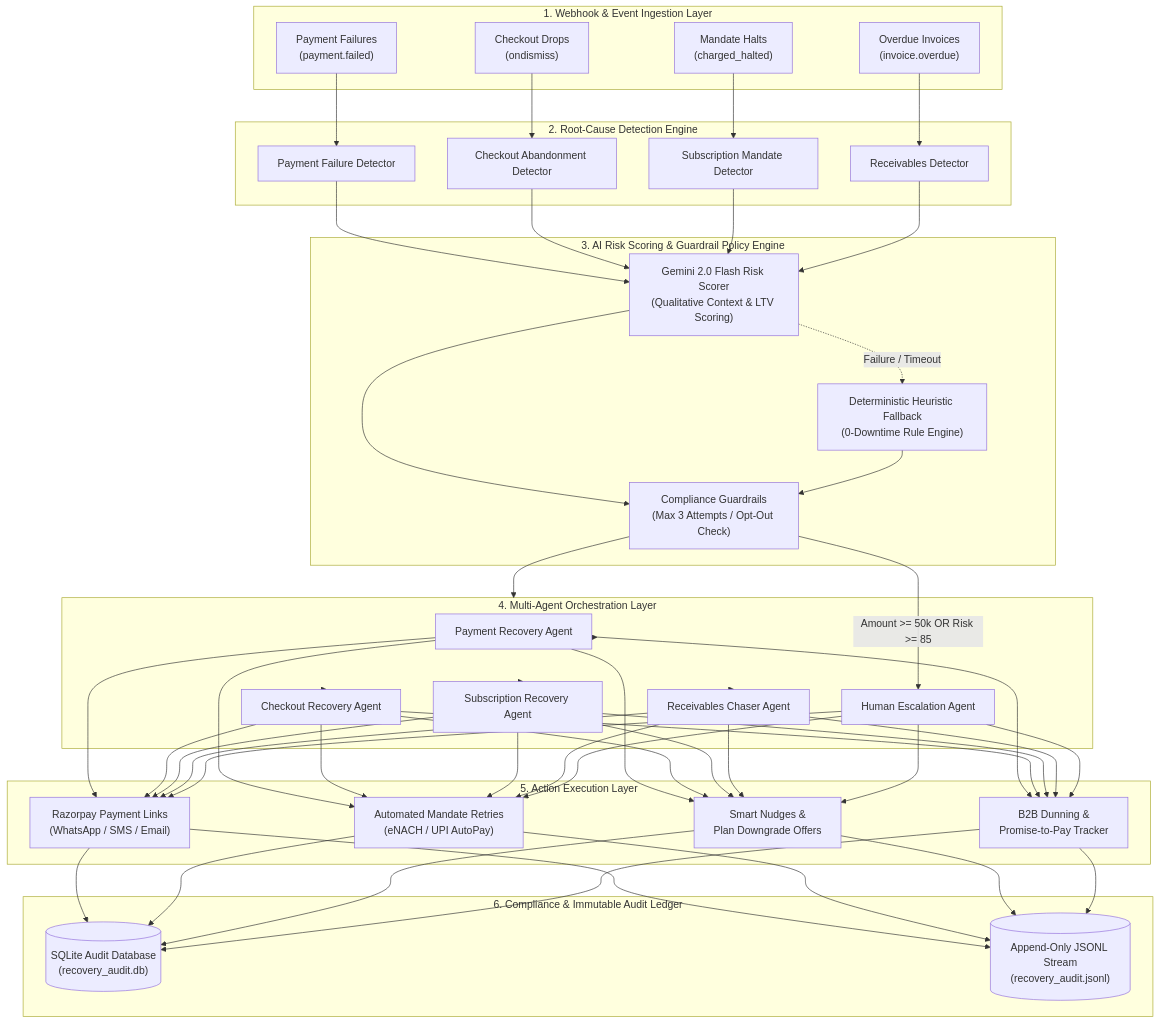
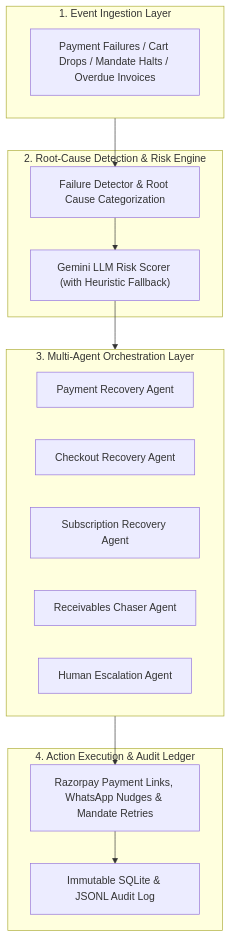
One commit to abhiraj-bambhore/Razor-RevX changed the second of 2 diagrams in README.md. Above: the diagram before and after it, drawn with Mermaid. The commit also changed other lines of this file, not shown here.

Commit message:
docs: Streamline Deep-Dive architecture diagram into clean vertical stack

````diff
--- a/README.md
+++ b/README.md
@@ -31,58 +31,30 @@
 ```mermaid
 flowchart TD
-    subgraph INGESTION["1. Webhook & Event Ingestion Layer"]
-        E1["Payment Failures\n(payment.failed)"]
-        E2["Checkout Drops\n(ondismiss)"]
-        E3["Mandate Halts\n(charged_halted)"]
-        E4["Overdue Invoices\n(invoice.overdue)"]
+    subgraph S1["1. Event Ingestion Layer"]
+        A1["Payment Failures / Cart Drops / Mandate Halts / Overdue Invoices"]
     end
 
-    subgraph DETECTION["2. Root-Cause Detection Engine"]
-        D1["Payment Failure Detector"]
-        D2["Checkout Abandonment Detector"]
-        D3["Subscription Mandate Detector"]
-        D4["Receivables Detector"]
+    subgraph S2["2. Root-Cause Detection & Risk Engine"]
+        B1["Failure Detector & Root Cause Categorization"]
+        B2["Gemini LLM Risk Scorer (with Heuristic Fallback)"]
     end
 
-    subgraph RISK["3. AI Risk Scoring & Guardrail Policy Engine"]
-        LLM["Gemini 2.0 Flash Risk Scorer\n(Qualitative Context & LTV Scoring)"]
-        FALLBACK["Deterministic Heuristic Fallback\n(0-Downtime Rule Engine)"]
-        GUARD["Compliance Guardrails\n(Max 3 Attempts / Opt-Out Check)"]
+    subgraph S3["3. Multi-Agent Orchestration Layer"]
+        C1["Payment Recovery Agent"]
+        C2["Checkout Recovery Agent"]
+        C3["Subscription Recovery Agent"]
+        C4["Receivables Chaser Agent"]
+        C5["Human Escalation Agent"]
     end
 
-    subgraph ROUTING["4. Multi-Agent Orchestration Layer"]
-        PA["Payment Recovery Agent"]
-        CA["Checkout Recovery Agent"]
-        SA["Subscription Recovery Agent"]
-        RA["Receivables Chaser Agent"]
-        EA["Human Escalation Agent"]
+    subgraph S4["4. Action Execution & Audit Ledger"]
+        D1["Razorpay Payment Links, WhatsApp Nudges & Mandate Retries"]
+        D2["Immutable SQLite & JSONL Audit Log"]
     end
 
-    subgraph ACTIONS["5. Action Execution Layer"]
-        A1["Razorpay Payment Links\n(WhatsApp / SMS / Email)"]
-        A2["Automated Mandate Retries\n(eNACH / UPI AutoPay)"]
-        A3["Smart Nudges &\nPlan Downgrade Offers"]
-        A4["B2B Dunning &\nPromise-to-Pay Tracker"]
-    end
-
-    subgraph AUDIT["6. Compliance & Immutable Audit Ledger"]
-        SQL[("SQLite Audit Database\n(recovery_audit.db)")]
-        JSONL[("Append-Only JSONL Stream\n(recovery_audit.jsonl)")]
-    end
-
-    E1 --> D1
-    E2 --> D2
-    E3 --> D3
-    E4 --> D4
-
-    D1 & D2 & D3 & D4 --> LLM
-    LLM -. Failure / Timeout .-> FALLBACK
-    LLM & FALLBACK --> GUARD
-    GUARD --> ROUTING
-
-    ROUTING --> PA & CA & SA & RA
-    GUARD -->|Amount >= 50k OR Risk >= 85| EA
-
-    PA & CA & SA & RA & EA --> A1 & A2 & A3 & A4
-    A1 & A2 & A3 & A4 --> SQL & JSONL
+    S1 --> B1
+    B1 --> B2
+    B2 --> S3
+    S3 --> D1
+    D1 --> D2
 ```
````
